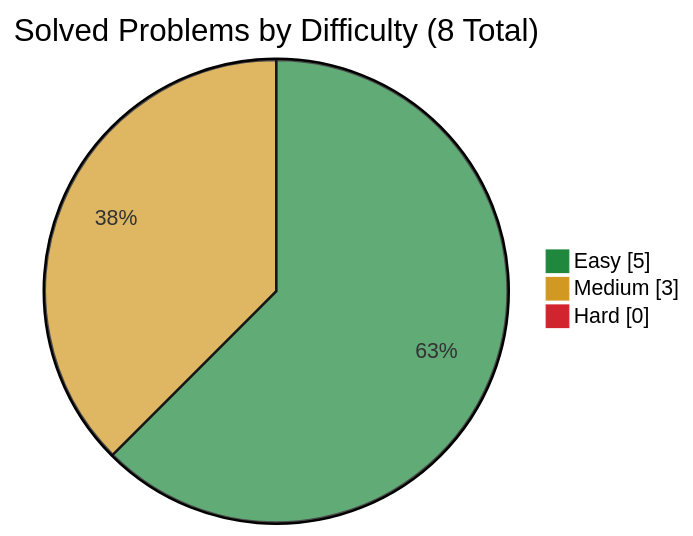
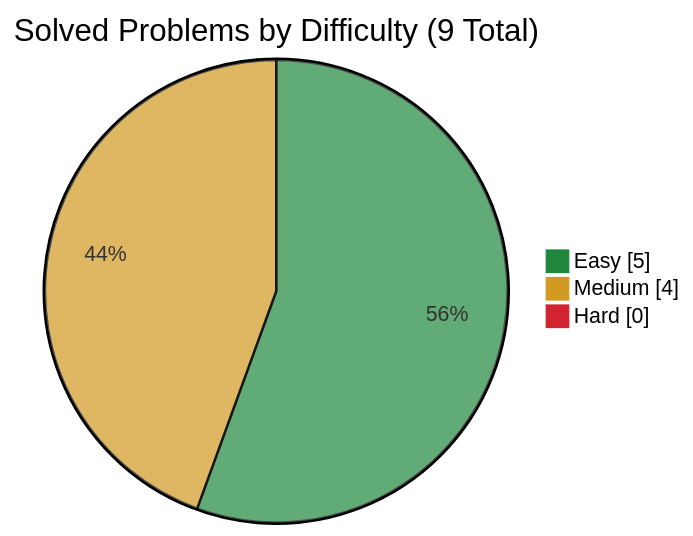
One commit to simonesiega/leetcode-solutions changed the diagram in companies/ibm/README.md. Above: the diagram before and after it, drawn with Mermaid. The commit also changed other lines of this file and 4 other files, not shown here.

````diff
--- a/companies/ibm/README.md
+++ b/companies/ibm/README.md
@@ -15,8 +15,8 @@
 ```mermaid
 %%{init: {"themeVariables": {"pie1": "#1f883d", "pie2": "#d29922", "pie3": "#d1242f"}}}%%
 pie showData
-    title Solved Problems by Difficulty (8 Total)
+    title Solved Problems by Difficulty (9 Total)
     "Easy" : 5
-    "Medium" : 3
+    "Medium" : 4
     "Hard" : 0
 ```
````
